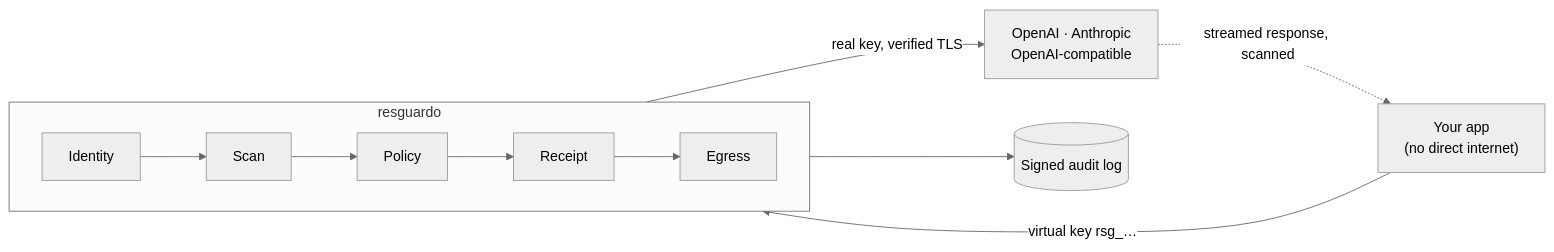
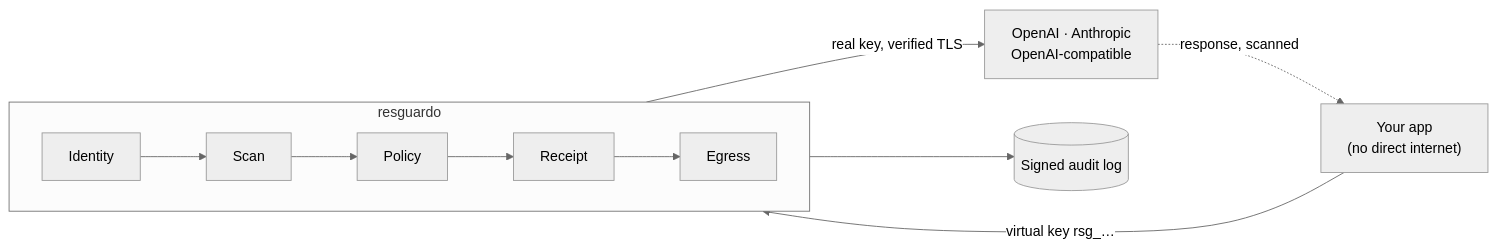
One commit to christianivanov/resguardo changed the diagram in README.md. Above: the diagram before and after it, drawn with Mermaid (neutral theme). The commit also changed other lines of this file and 1 other file, not shown here.

````diff
--- a/README.md
+++ b/README.md
@@ -43,11 +103,11 @@
 ```mermaid
 flowchart LR
     App["Your app<br/>(no direct internet)"] -- "virtual key rsg_…" --> R
     subgraph R["resguardo"]
         direction LR
         I[Identity] --> S[Scan] --> P[Policy] --> A[Receipt] --> E[Egress]
     end
     E -- "real key, verified TLS" --> M["OpenAI · Anthropic<br/>OpenAI-compatible"]
-    M -. "streamed response, scanned" .-> App
+    M -. "response, scanned" .-> App
     A --> L[("Signed audit log")]
 ```
````
